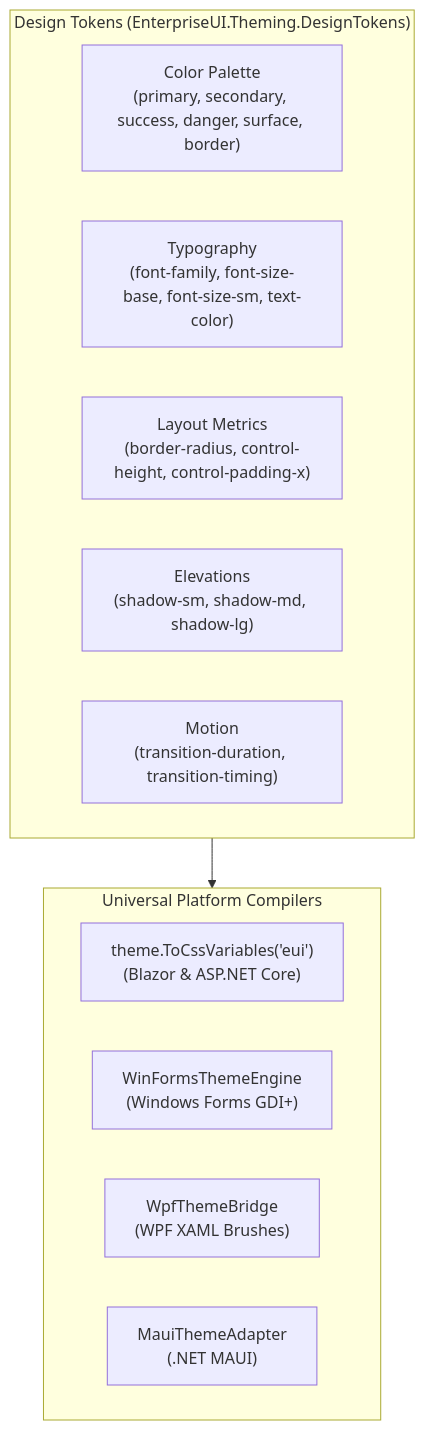
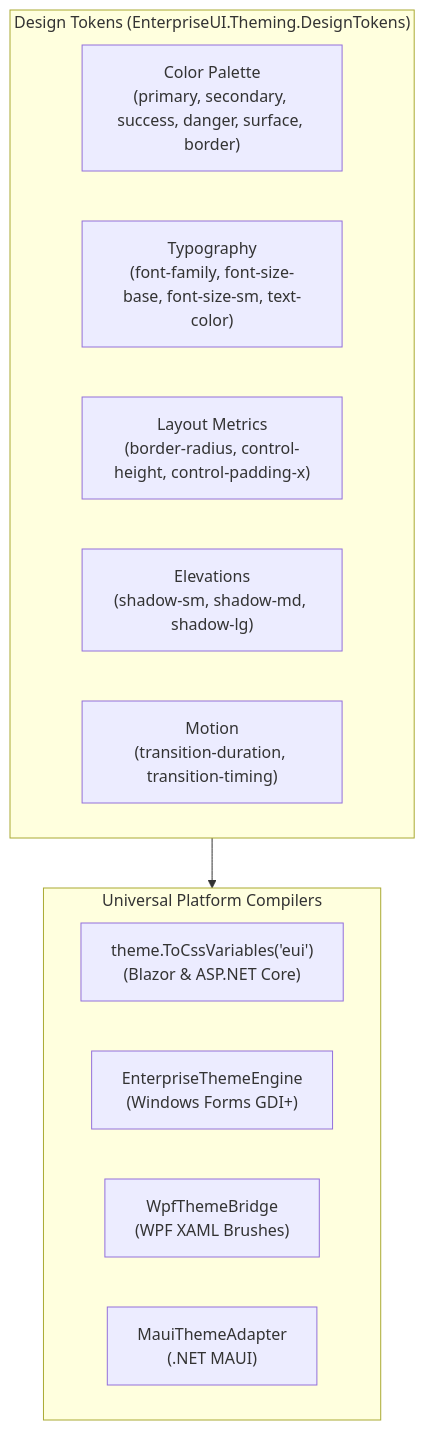
The diagram in docs/Themes/ThemingEngineAndTokens.md (muhammad-aftab93/EnterpriseUI), drawn with Mermaid before and after one commit. The commit also changed 93 other files, not shown here.

````diff
--- a/docs/Themes/ThemingEngineAndTokens.md
+++ b/docs/Themes/ThemingEngineAndTokens.md
@@ -11,19 +11,19 @@
 ```mermaid
 flowchart TD
     subgraph DesignTokens["Design Tokens (EnterpriseUI.Theming.DesignTokens)"]
         Colors["Color Palette<br/>(primary, secondary, success, danger, surface, border)"]
         Typography["Typography<br/>(font-family, font-size-base, font-size-sm, text-color)"]
         LayoutMetrics["Layout Metrics<br/>(border-radius, control-height, control-padding-x)"]
         Elevations["Elevations<br/>(shadow-sm, shadow-md, shadow-lg)"]
         Motion["Motion<br/>(transition-duration, transition-timing)"]
     end
 
     subgraph Compilers["Universal Platform Compilers"]
         CssCompiler["theme.ToCssVariables('eui')<br/>(Blazor & ASP.NET Core)"]
-        WinFormsCompiler["WinFormsThemeEngine<br/>(Windows Forms GDI+)"]
+        WinFormsCompiler["EnterpriseThemeEngine<br/>(Windows Forms GDI+)"]
         WpfCompiler["WpfThemeBridge<br/>(WPF XAML Brushes)"]
         MauiCompiler["MauiThemeAdapter<br/>(.NET MAUI)"]
     end
 
     DesignTokens --> Compilers
 ```
````
